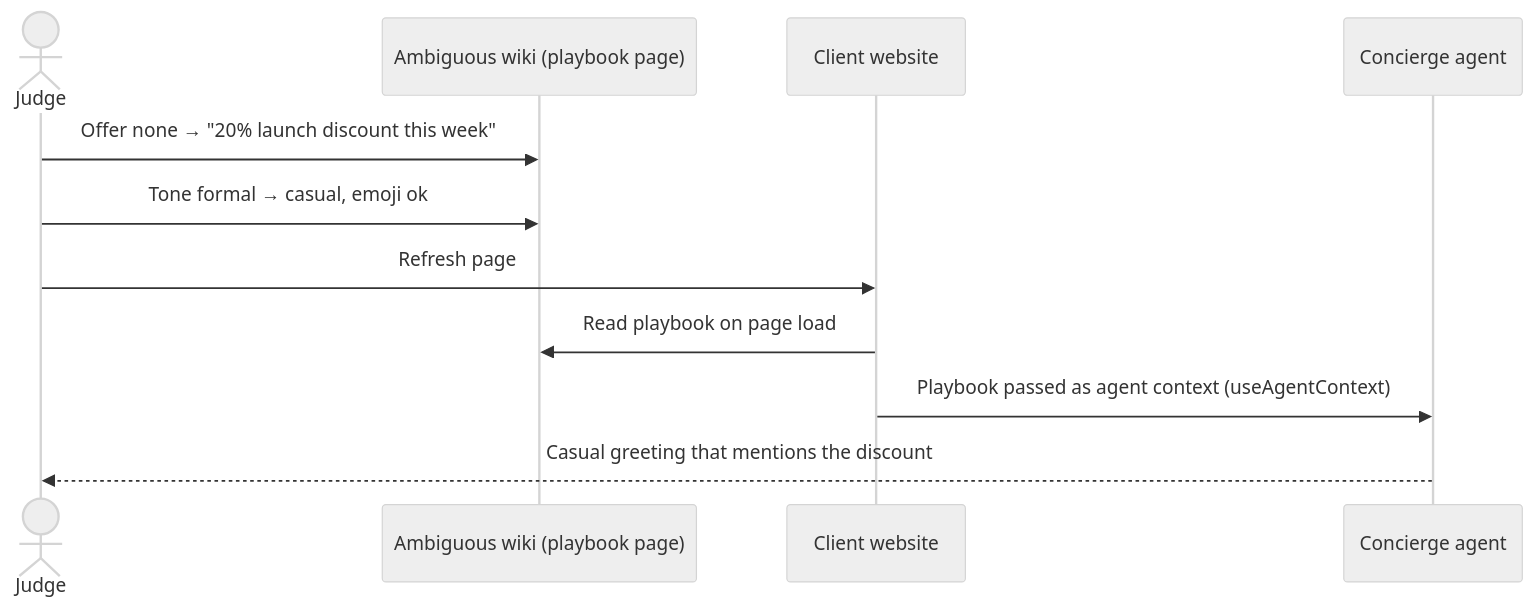
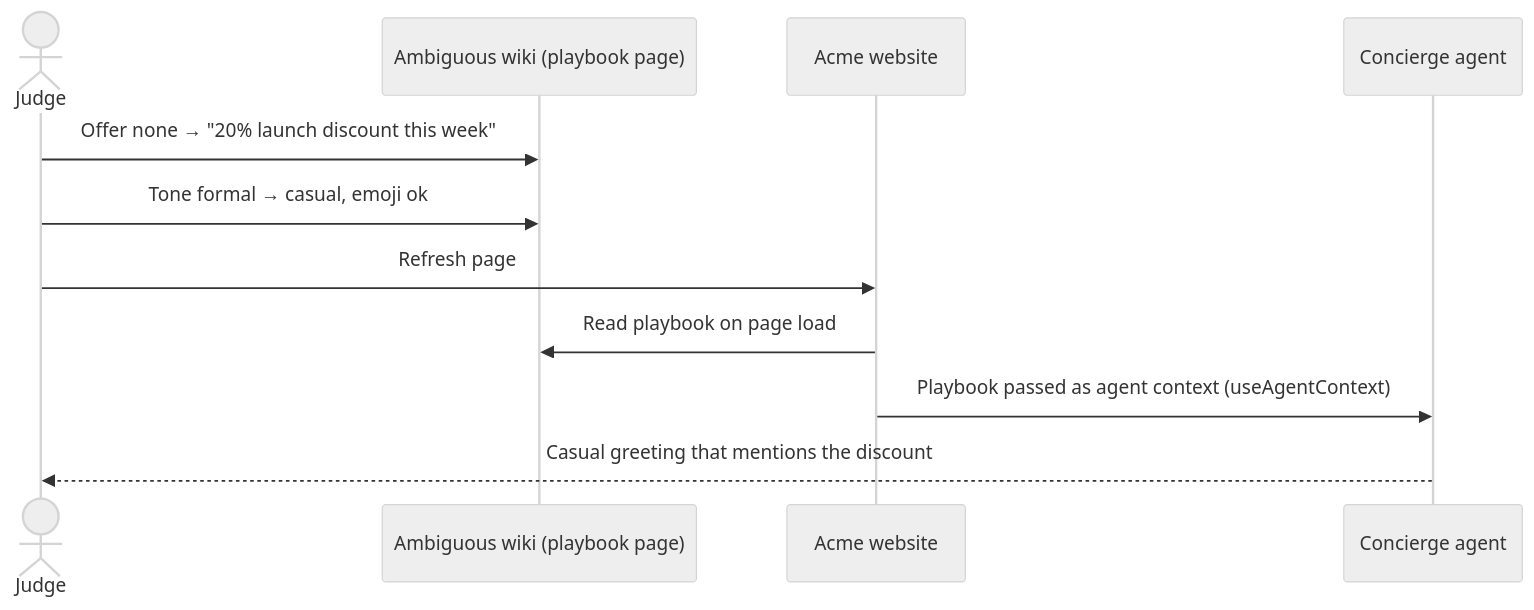
The third of 5 diagrams in docs/concierge/demo-plan.md (cun3yt/hackahton), drawn with Mermaid (neutral theme) before and after one commit. The commit also changed other lines of this file and 1 other file, not shown here.

````diff
--- a/docs/concierge/demo-plan.md
+++ b/docs/concierge/demo-plan.md
@@ -75,13 +140,13 @@
 ```mermaid
 sequenceDiagram
     actor J as Judge
     participant W as Ambiguous wiki (playbook page)
-    participant S as Client website
+    participant S as Acme website
     participant C as Concierge agent
     J->>W: Offer none → "20% launch discount this week"
     J->>W: Tone formal → casual, emoji ok
     J->>S: Refresh page
     S->>W: Read playbook on page load
     S->>C: Playbook passed as agent context (useAgentContext)
     C-->>J: Casual greeting that mentions the discount
 ```
````
